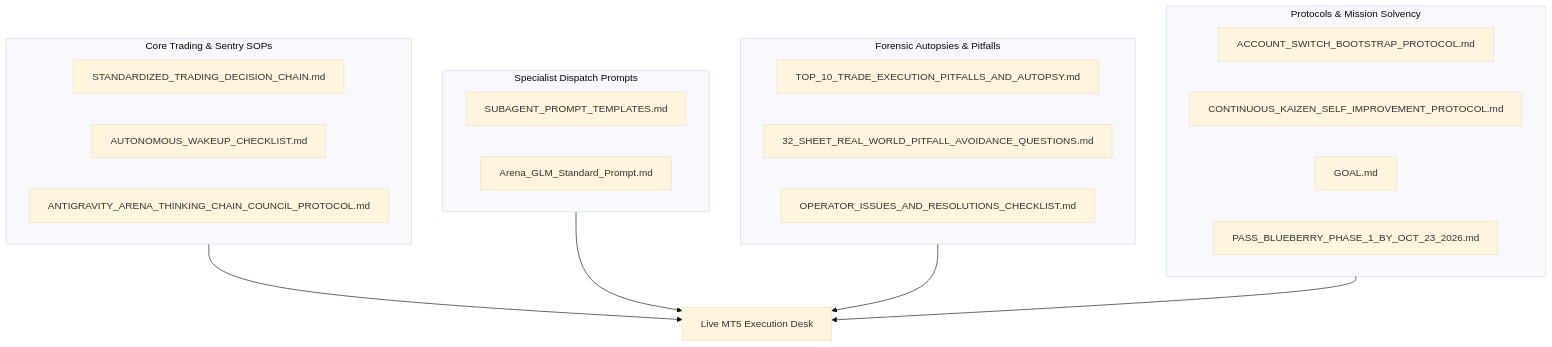
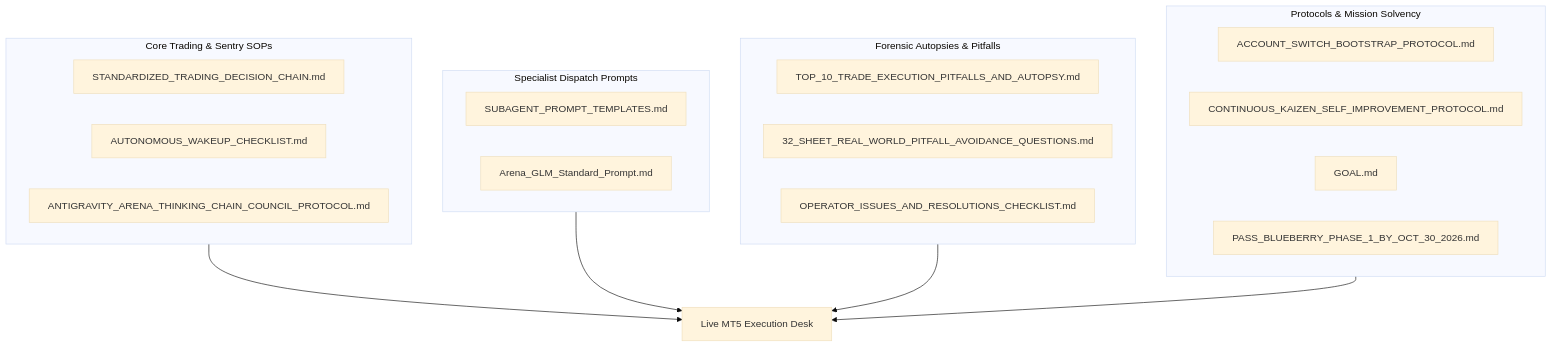
Before and after one commit to kbsingh1399/Trading_2: the diagram in Data/Manditory/README.md, drawn with Mermaid (base theme). The commit also changed other lines of this file and 11 other files, not shown here.

````diff
--- a/Data/Manditory/README.md
+++ b/Data/Manditory/README.md
@@ -16,31 +16,31 @@
 ```mermaid
 flowchart TD
     subgraph Core_SOPs["Core Trading & Sentry SOPs"]
         S1["STANDARDIZED_TRADING_DECISION_CHAIN.md"]
         S2["AUTONOMOUS_WAKEUP_CHECKLIST.md"]
         S3["ANTIGRAVITY_ARENA_THINKING_CHAIN_COUNCIL_PROTOCOL.md"]
     end
 
     subgraph Prompts["Specialist Dispatch Prompts"]
         P1["SUBAGENT_PROMPT_TEMPLATES.md"]
         P2["Arena_GLM_Standard_Prompt.md"]
     end
 
     subgraph Autopsies["Forensic Autopsies & Pitfalls"]
         A1["TOP_10_TRADE_EXECUTION_PITFALLS_AND_AUTOPSY.md"]
         A2["32_SHEET_REAL_WORLD_PITFALL_AVOIDANCE_QUESTIONS.md"]
         A3["OPERATOR_ISSUES_AND_RESOLUTIONS_CHECKLIST.md"]
     end
 
     subgraph Operations["Protocols & Mission Solvency"]
         O1["ACCOUNT_SWITCH_BOOTSTRAP_PROTOCOL.md"]
         O2["CONTINUOUS_KAIZEN_SELF_IMPROVEMENT_PROTOCOL.md"]
         O3["GOAL.md"]
-        O4["PASS_BLUEBERRY_PHASE_1_BY_OCT_23_2026.md"]
+        O4["PASS_BLUEBERRY_PHASE_1_BY_OCT_30_2026.md"]
     end
 
     Core_SOPs --> MT5["Live MT5 Execution Desk"]
     Prompts --> MT5
     Autopsies --> MT5
     Operations --> MT5
 ```
````
